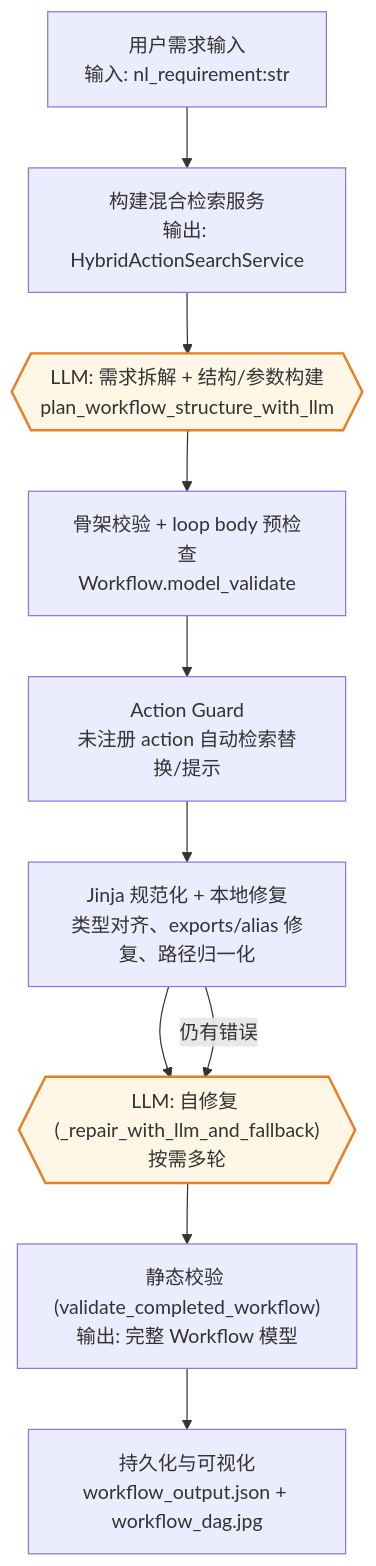
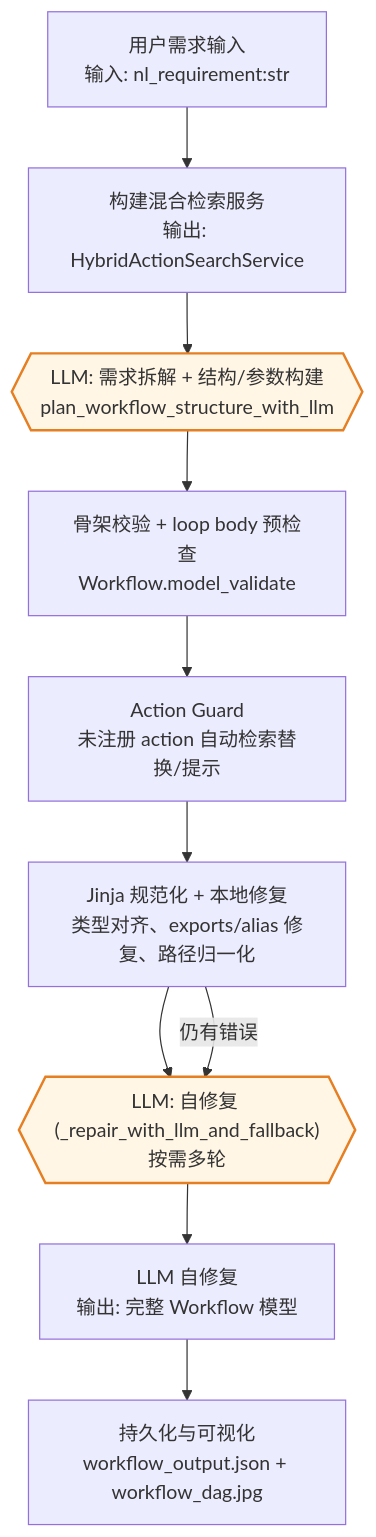
Before and after one commit to zhongkaifu/VelvetFlow: the third of 3 diagrams in README.md, drawn with Mermaid. The commit also changed other lines of this file and 1 other file, not shown here.

````diff
--- a/README.md
+++ b/README.md
@@ -221,15 +221,15 @@
 ```mermaid
 flowchart TD
     A["用户需求输入\n输入: nl_requirement:str"] --> B
     B["构建混合检索服务\n输出: HybridActionSearchService"] --> C
     C{{"LLM: 需求拆解 + 结构/参数构建\nplan_workflow_structure_with_llm"}} --> D
     D["骨架校验 + loop body 预检查\nWorkflow.model_validate"] --> E
     E["Action Guard\n未注册 action 自动检索替换/提示"] --> F
     F["Jinja 规范化 + 本地修复\n类型对齐、exports/alias 修复、路径归一化"] --> G
     G{{"LLM: 自修复 (_repair_with_llm_and_fallback)\n按需多轮"}} --> H
     F -->|仍有错误| G
-    H["静态校验 (validate_completed_workflow)\n输出: 完整 Workflow 模型"] --> J["持久化与可视化\nworkflow_output.json + workflow_dag.jpg"]
+    H["LLM 自修复\n输出: 完整 Workflow 模型"] --> J["持久化与可视化\nworkflow_output.json + workflow_dag.jpg"]
 
     classDef llm fill:#fff6e6,stroke:#e67e22,stroke-width:2px;
     class C,G llm;
 ```
````
